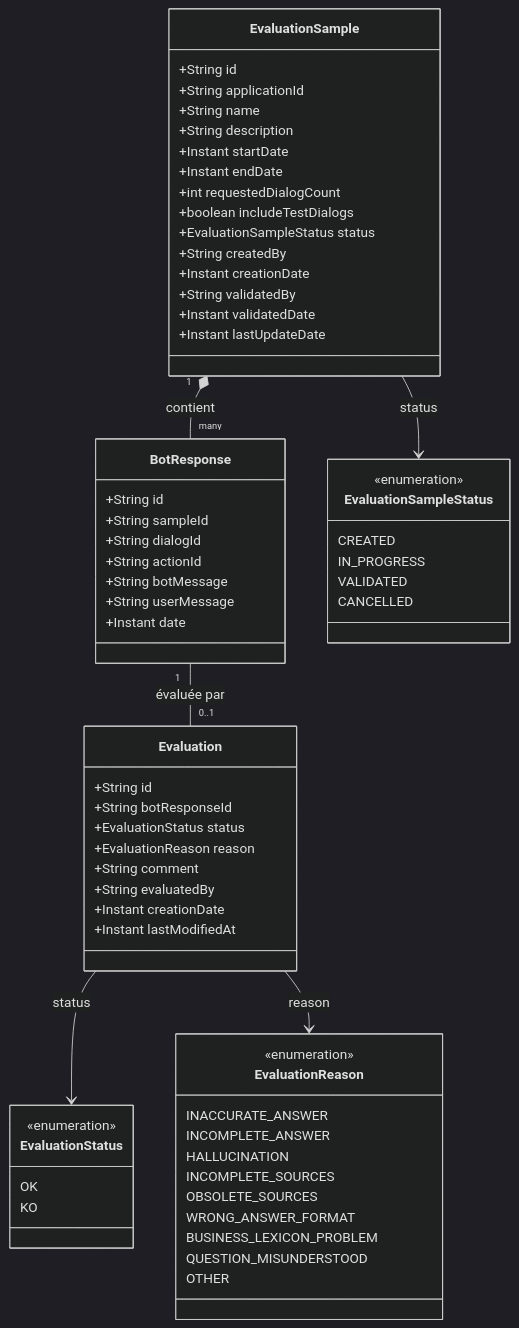
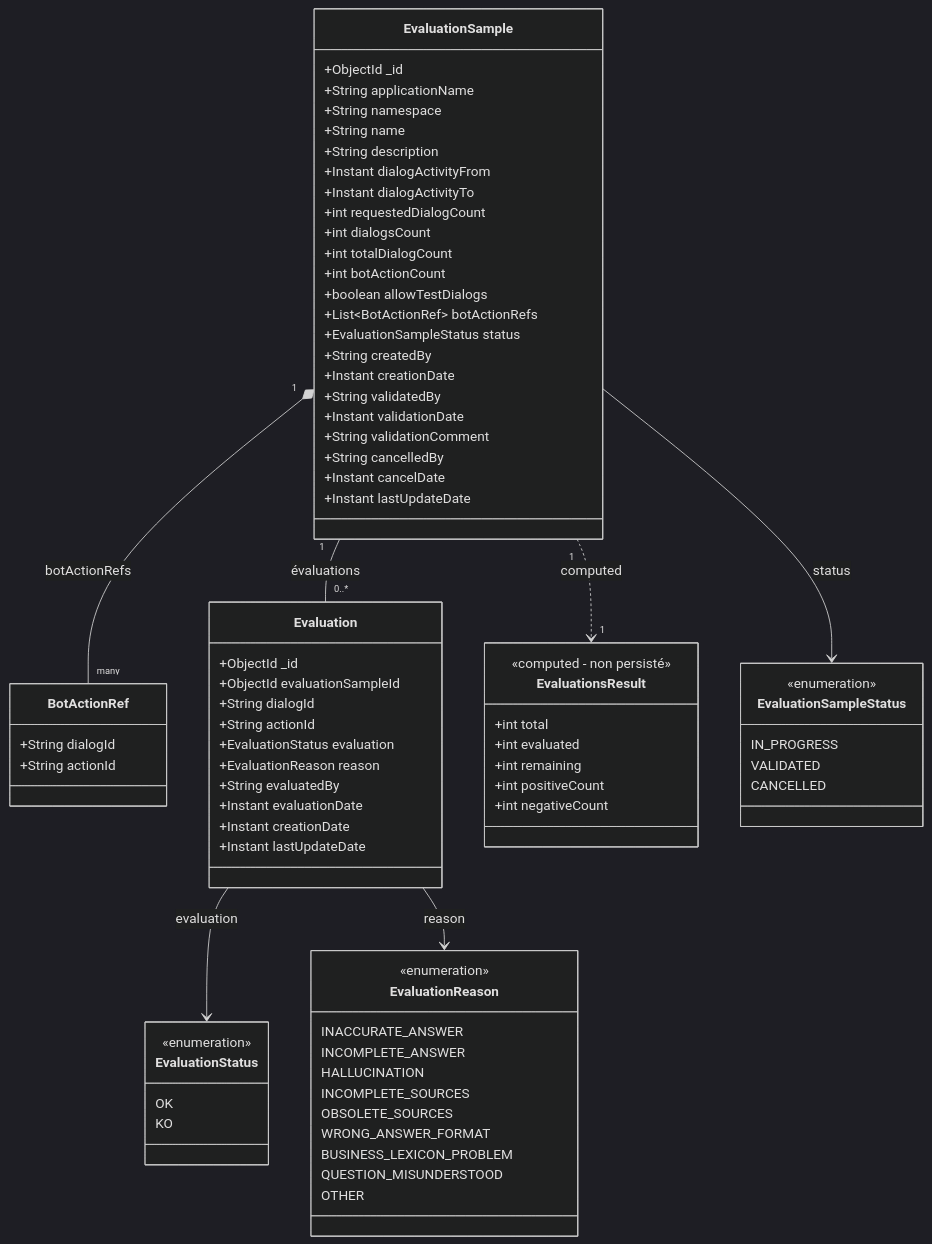
Before and after one commit to CreditMutuelArkea/tock: the first of 7 diagrams in docs/design/bot-evaluation/TECHNICAL.md, drawn with Mermaid (dark theme). The commit also changed other lines of this file and 4 other files, not shown here.

First line of the commit message:
docs: update bot evaluation design with technical details

````diff
--- a/docs/design/bot-evaluation/TECHNICAL.md
+++ b/docs/design/bot-evaluation/TECHNICAL.md
@@ -7,46 +7,59 @@
 ```mermaid
 classDiagram
     class EvaluationSample {
-        +String id
-        +String applicationId
+        +ObjectId _id
+        +String applicationName
+        +String namespace
         +String name
         +String description
-        +Instant startDate
-        +Instant endDate
+        +Instant dialogActivityFrom
+        +Instant dialogActivityTo
         +int requestedDialogCount
-        +boolean includeTestDialogs
+        +int dialogsCount
+        +int totalDialogCount
+        +int botActionCount
+        +boolean allowTestDialogs
+        +List~BotActionRef~ botActionRefs
         +EvaluationSampleStatus status
         +String createdBy
         +Instant creationDate
         +String validatedBy
-        +Instant validatedDate
+        +Instant validationDate
+        +String validationComment
+        +String cancelledBy
+        +Instant cancelDate
         +Instant lastUpdateDate
     }
 
-    class BotResponse {
-        +String id
-        +String sampleId
+    class BotActionRef {
         +String dialogId
         +String actionId
-        +String botMessage
-        +String userMessage
-        +Instant date
     }
 
     class Evaluation {
-        +String id
-        +String botResponseId
-        +EvaluationStatus status
+        +ObjectId _id
+        +ObjectId evaluationSampleId
+        +String dialogId
+        +String actionId
+        +EvaluationStatus evaluation
         +EvaluationReason reason
-        +String comment
         +String evaluatedBy
+        +Instant evaluationDate
         +Instant creationDate
-        +Instant lastModifiedAt
+        +Instant lastUpdateDate
+    }
+
+    class EvaluationsResult {
+        <<computed - non persisté>>
+        +int total
+        +int evaluated
+        +int remaining
+        +int positiveCount
+        +int negativeCount
     }
 
     class EvaluationSampleStatus {
         <<enumeration>>
-        CREATED
         IN_PROGRESS
         VALIDATED
         CANCELLED
@@ -71,9 +84,10 @@
         OTHER
     }
 
-    EvaluationSample "1" *-- "many" BotResponse : contient
-    BotResponse "1" -- "0..1" Evaluation : évaluée par
+    EvaluationSample "1" *-- "many" BotActionRef : botActionRefs
+    EvaluationSample "1" ..> "1" EvaluationsResult : computed
+    EvaluationSample "1" -- "0..*" Evaluation : évaluations
     EvaluationSample --> EvaluationSampleStatus : status
-    Evaluation --> EvaluationStatus : status
+    Evaluation --> EvaluationStatus : evaluation
     Evaluation --> EvaluationReason : reason
 ```
````
